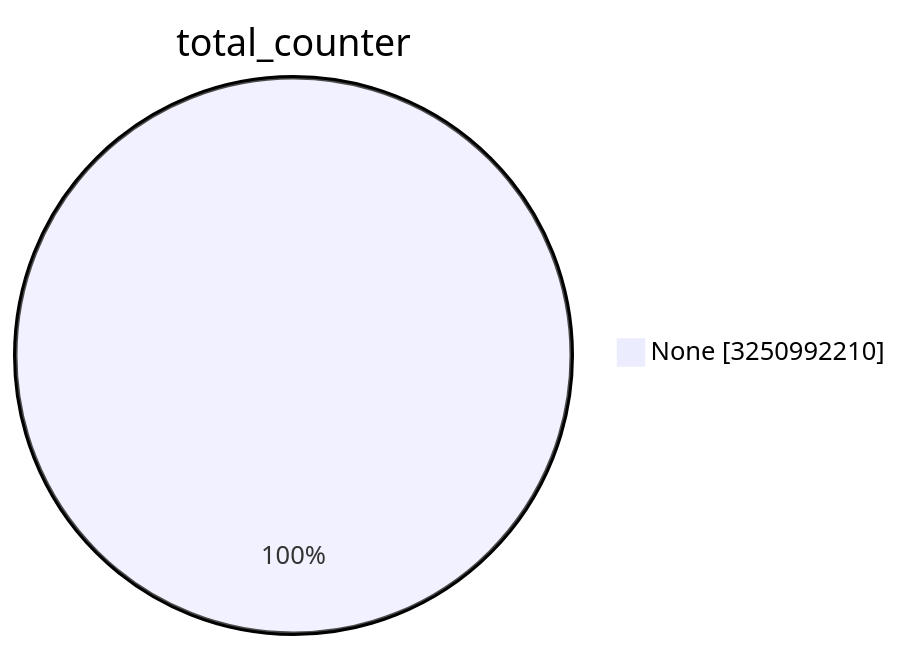
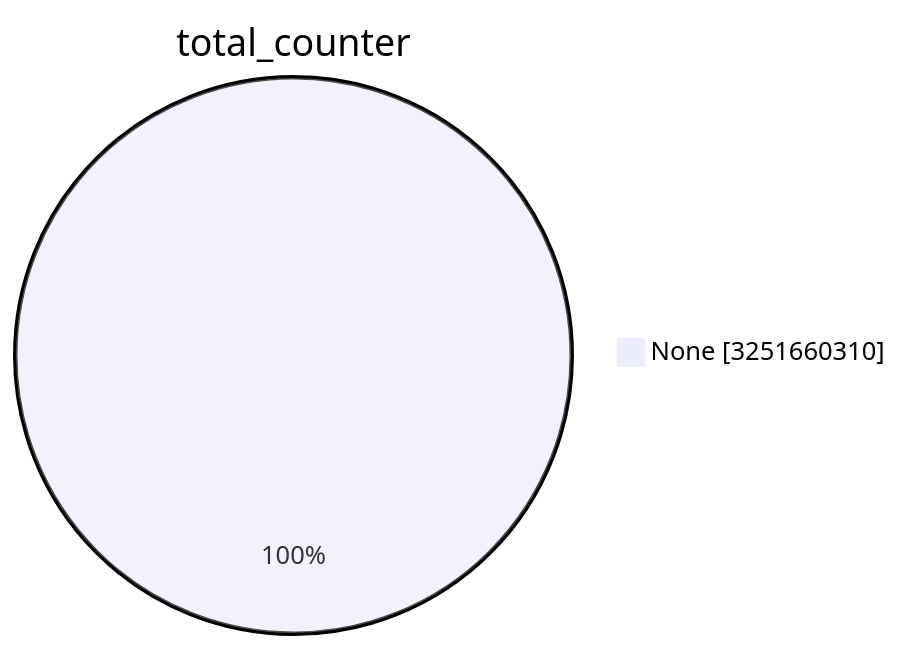
One commit to christiankrug/ctmonitor_visualization changed the first of 15 diagrams in TOTAL/README.md. Above: the diagram before and after it, drawn with Mermaid. The commit also changed other lines of this file, not shown here.

````diff
--- a/TOTAL/README.md
+++ b/TOTAL/README.md
@@ -1,5 +1,5 @@
 ```mermaid
 pie showData
 title total_counter
-"None" :3250992210
+"None" :3251660310
 ```
````
